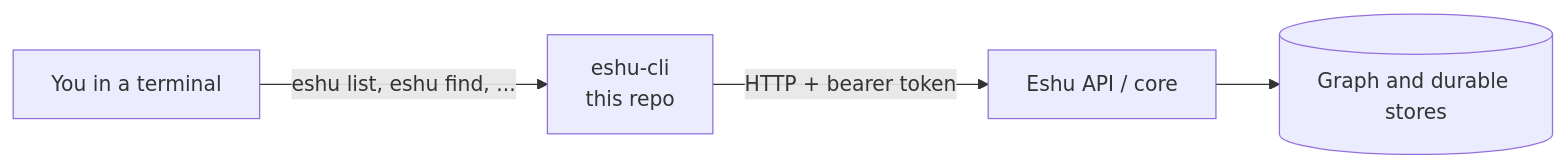
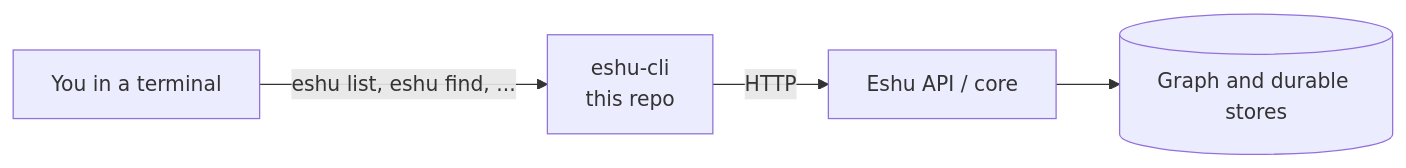
Before and after one commit to eshu-hq/eshu-cli: the diagram in README.md, drawn with Mermaid. The commit also changed other lines of this file and 16 other files, not shown here.

````diff
--- a/README.md
+++ b/README.md
@@ -27,6 +15,6 @@
 ```mermaid
 flowchart LR
     U[You in a terminal] -->|eshu list, eshu find, ...| C[eshu-cli<br/>this repo]
-    C -->|HTTP + bearer token| A[Eshu API / core]
+    C -->|HTTP| A[Eshu API / core]
     A --> G[(Graph and durable stores)]
 ```
````
